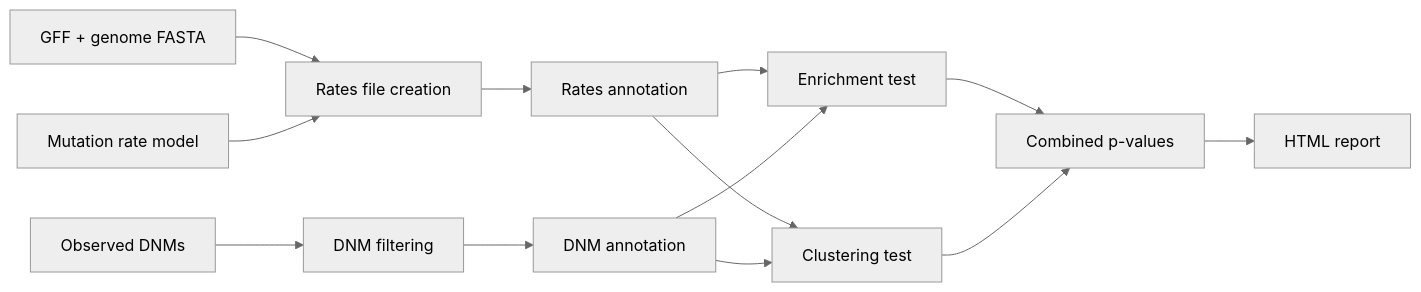
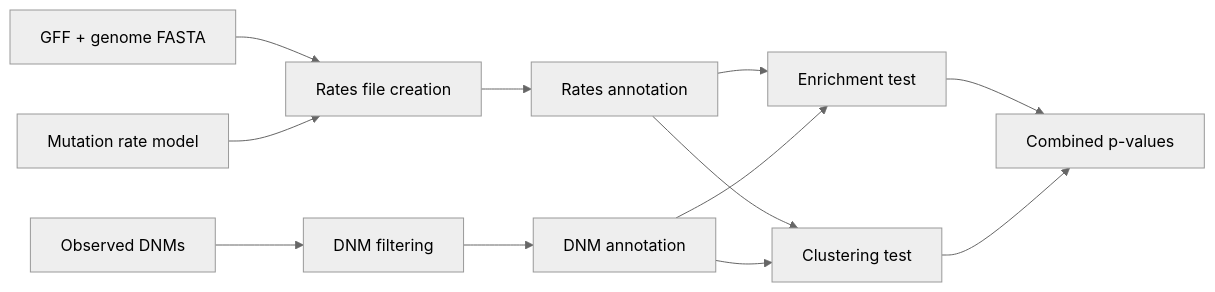
One commit to HurlesGroupSanger/DeNovoWEST changed the diagram in docs/index.md. Above: the diagram before and after it, drawn with Mermaid (neutral theme). The commit also changed other lines of this file and 27 other files, not shown here.

````diff
--- a/docs/index.md
+++ b/docs/index.md
@@ -35,14 +35,14 @@
 ```mermaid
 flowchart LR
     GFF[GFF + genome FASTA] --> R[Rates file creation]
     MM[Mutation rate model] --> R
     R --> AR[Rates annotation]
     DNM[Observed DNMs] --> F[DNM filtering] --> AD[DNM annotation]
     AR --> E[Enrichment test]
     AD --> E
     AR --> C[Clustering test]
     AD --> C
     E --> CMB[Combined p-values]
     C --> CMB
-    CMB --> REP[HTML report]
+    %% CMB --> REP[HTML report]
 ```
````
